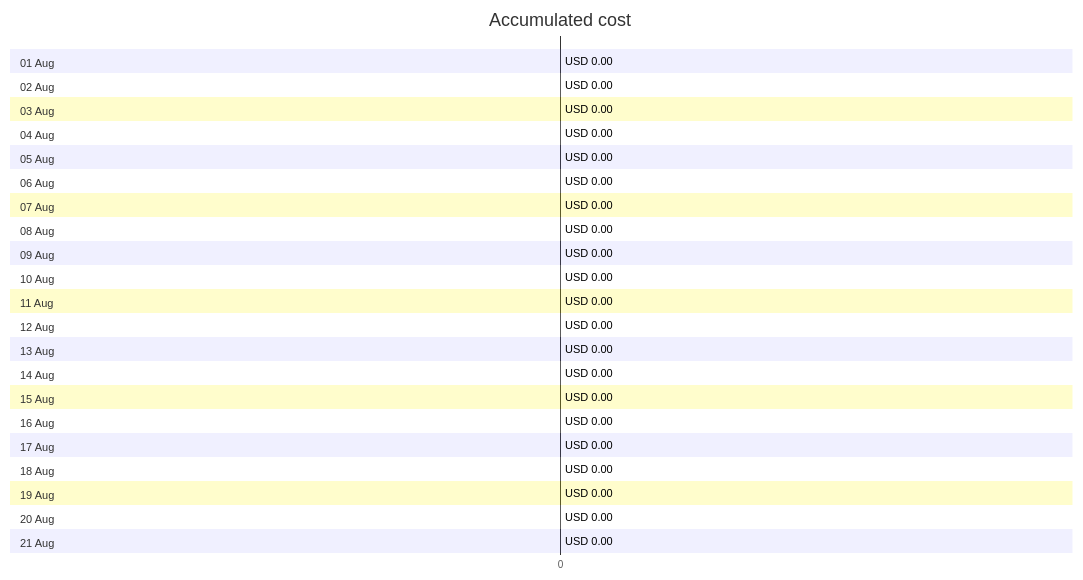
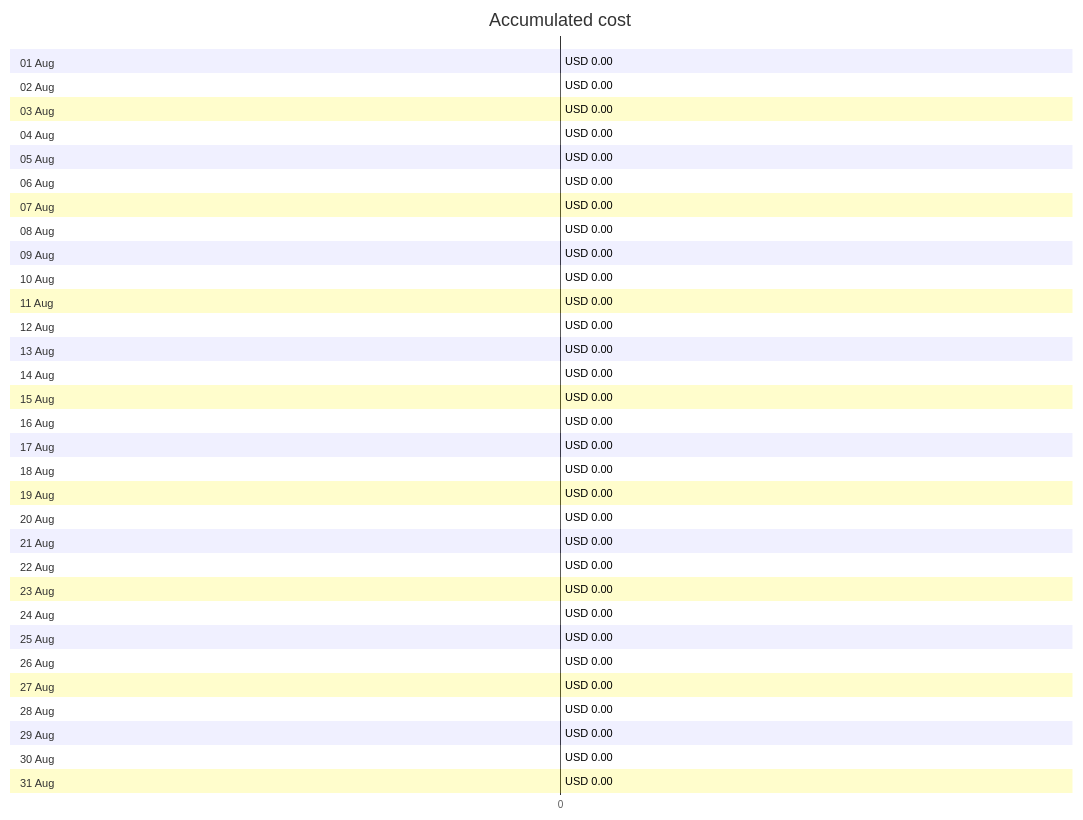
One commit to jpfulton/azure-personal-reports changed the first of 4 diagrams in cost-reports/personal-site/personal-site-api-preview.md. Above: the diagram before and after it, drawn with Mermaid. The commit also changed other lines of this file and 6 other files, not shown here.

````diff
--- a/cost-reports/personal-site/personal-site-api-preview.md
+++ b/cost-reports/personal-site/personal-site-api-preview.md
@@ -20,48 +20,68 @@
 ```mermaid
 gantt
    title Accumulated cost
    dateFormat  X
    axisFormat %s
    section 01 Aug
    USD 0.00 :0, 0
    section 02 Aug
    USD 0.00 :0, 0
    section 03 Aug
    USD 0.00 :0, 0
    section 04 Aug
    USD 0.00 :0, 0
    section 05 Aug
    USD 0.00 :0, 0
    section 06 Aug
    USD 0.00 :0, 0
    section 07 Aug
    USD 0.00 :0, 0
    section 08 Aug
    USD 0.00 :0, 0
    section 09 Aug
    USD 0.00 :0, 0
    section 10 Aug
    USD 0.00 :0, 0
    section 11 Aug
    USD 0.00 :0, 0
    section 12 Aug
    USD 0.00 :0, 0
    section 13 Aug
    USD 0.00 :0, 0
    section 14 Aug
    USD 0.00 :0, 0
    section 15 Aug
    USD 0.00 :0, 0
    section 16 Aug
    USD 0.00 :0, 0
    section 17 Aug
    USD 0.00 :0, 0
    section 18 Aug
    USD 0.00 :0, 0
    section 19 Aug
    USD 0.00 :0, 0
    section 20 Aug
    USD 0.00 :0, 0
    section 21 Aug
    USD 0.00 :0, 0
+   section 22 Aug
+   USD 0.00 :0, 0
+   section 23 Aug
+   USD 0.00 : done, 0, 0
+   section 24 Aug
+   USD 0.00 : done, 0, 0
+   section 25 Aug
+   USD 0.00 : done, 0, 0
+   section 26 Aug
+   USD 0.00 : done, 0, 0
+   section 27 Aug
+   USD 0.00 : done, 0, 0
+   section 28 Aug
+   USD 0.00 : done, 0, 0
+   section 29 Aug
+   USD 0.00 : done, 0, 0
+   section 30 Aug
+   USD 0.00 : done, 0, 0
+   section 31 Aug
+   USD 0.00 : done, 0, 0
 ```
````
